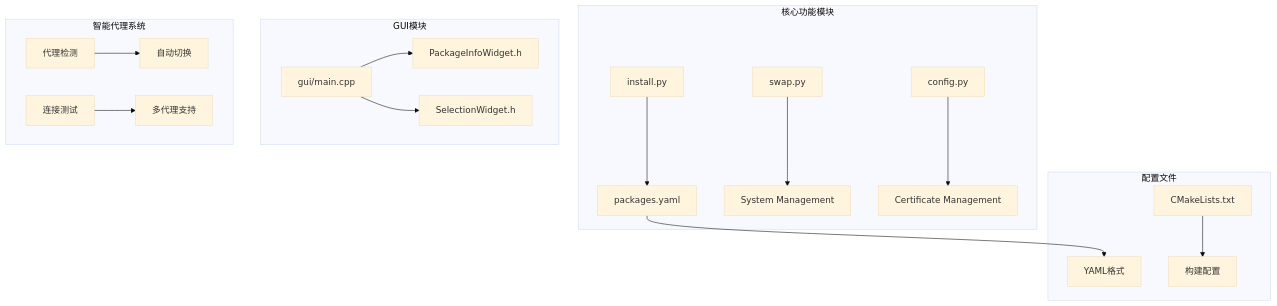
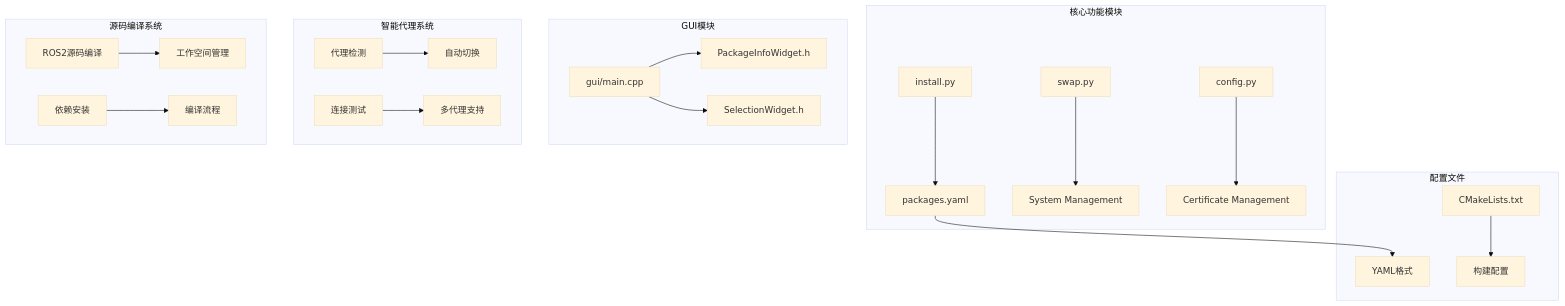
The first of 13 diagrams in .qoder/repowiki/zh/content/核心功能/核心功能.md (firestrongarch/install), drawn with Mermaid (base theme) before and after one commit. The commit also changed other lines of this file and 3 other files, not shown here.

````diff
--- a/.qoder/repowiki/zh/content/核心功能/核心功能.md
+++ b/.qoder/repowiki/zh/content/核心功能/核心功能.md
@@ -49,20 +53,24 @@
 ```mermaid
 graph TB
 subgraph "核心功能模块"
 A[install.py] --> B[packages.yaml]
 C[swap.py] --> D[System Management]
 E[config.py] --> F[Certificate Management]
 end
 subgraph "GUI模块"
 G[gui/main.cpp] --> H[PackageInfoWidget.h]
 G --> I[SelectionWidget.h]
 end
 subgraph "配置文件"
 B --> J[YAML格式]
 K[CMakeLists.txt] --> L[构建配置]
 end
 subgraph "智能代理系统"
 M[代理检测] --> N[自动切换]
 O[连接测试] --> P[多代理支持]
 end
+subgraph "源码编译系统"
+Q[ROS2源码编译] --> R[工作空间管理]
+S[依赖安装] --> T[编译流程]
+end
 ```
````
